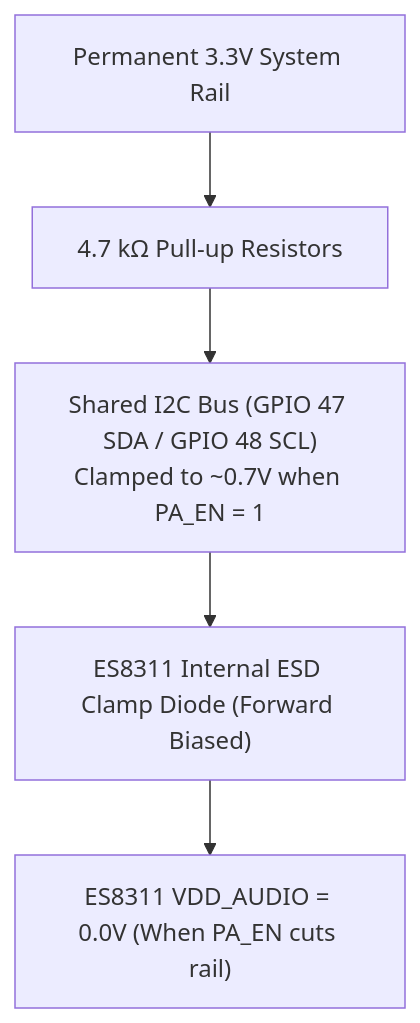
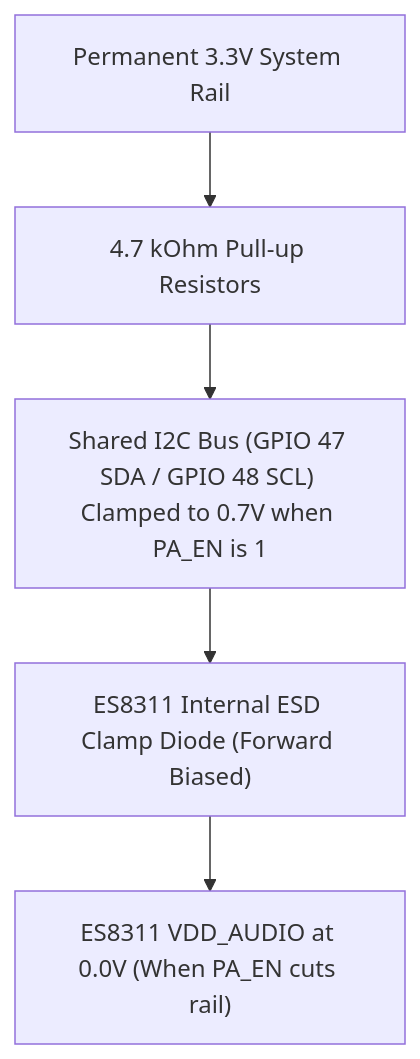
The diagram in ERRATA.md (Humidyne-Labs/H1OS), drawn with Mermaid before and after one commit. The commit also changed 12 other files, not shown here.

Commit message:
docs: convert all Mermaid diagrams to canonical GitHub graph TD/LR syntax

````diff
--- a/ERRATA.md
+++ b/ERRATA.md
@@ -133,7 +133,12 @@
 ```mermaid
-flowchart TD
-    V33["Permanent 3.3V System Rail"] --> RPU["4.7 kΩ Pull-up Resistors"]
-    RPU --> BUS["Shared I2C Bus (GPIO 47 SDA / GPIO 48 SCL)<br/>Clamped to ~0.7V when PA_EN = 1"]
-    BUS --> ESD["ES8311 Internal ESD Clamp Diode (Forward Biased)"]
-    ESD --> VDD["ES8311 VDD_AUDIO = 0.0V (When PA_EN cuts rail)"]
+graph TD;
+    V33["Permanent 3.3V System Rail"];
+    RPU["4.7 kOhm Pull-up Resistors"];
+    BUS["Shared I2C Bus (GPIO 47 SDA / GPIO 48 SCL) Clamped to 0.7V when PA_EN is 1"];
+    ESD["ES8311 Internal ESD Clamp Diode (Forward Biased)"];
+    VDD["ES8311 VDD_AUDIO at 0.0V (When PA_EN cuts rail)"];
+    V33-->RPU;
+    RPU-->BUS;
+    BUS-->ESD;
+    ESD-->VDD;
 ```
````
